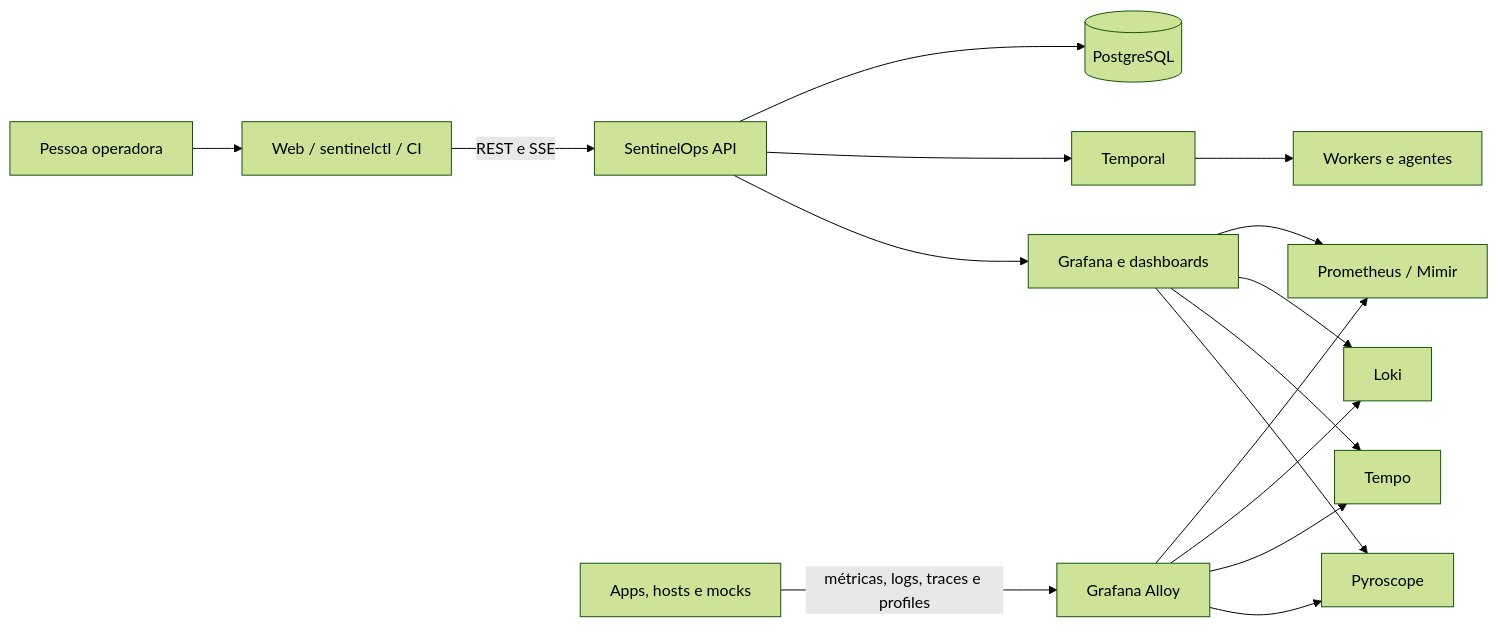
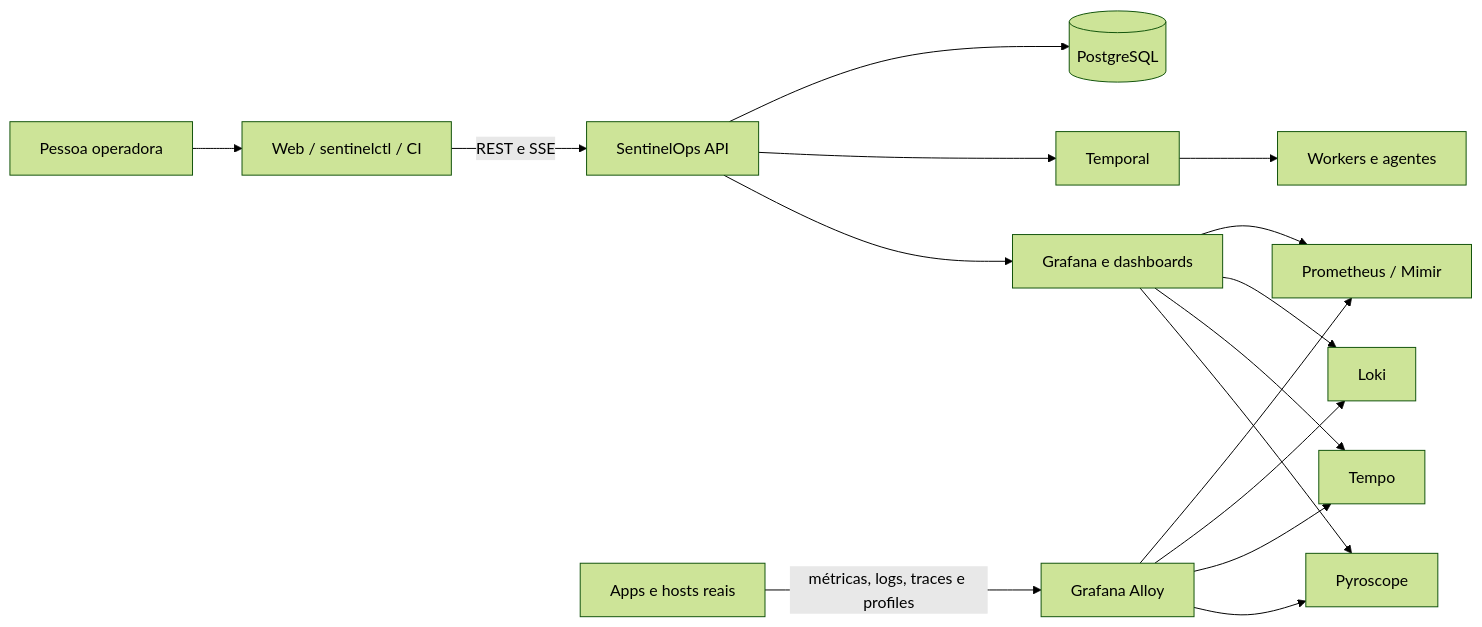
Before and after one commit to tharlesson-platform/SentinelOps: the diagram in README.md, drawn with Mermaid (forest theme). The commit also changed other lines of this file and 278 other files, not shown here.

````diff
--- a/README.md
+++ b/README.md
@@ -60,15 +60,15 @@
 ```mermaid
 flowchart LR
   User[Pessoa operadora] --> Web[Web / sentinelctl / CI]
   Web -->|REST e SSE| API[SentinelOps API]
   API --> PG[(PostgreSQL)]
   API --> Temporal[Temporal]
   Temporal --> Worker[Workers e agentes]
-  Apps[Apps, hosts e mocks] -->|métricas, logs, traces e profiles| Alloy[Grafana Alloy]
+  Apps[Apps e hosts reais] -->|métricas, logs, traces e profiles| Alloy[Grafana Alloy]
   Alloy --> Prom[Prometheus / Mimir]
   Alloy --> Loki[Loki]
   Alloy --> Tempo[Tempo]
   Alloy --> Pyro[Pyroscope]
   Grafana[Grafana e dashboards] --> Prom & Loki & Tempo & Pyro
   API --> Grafana
 ```
````
